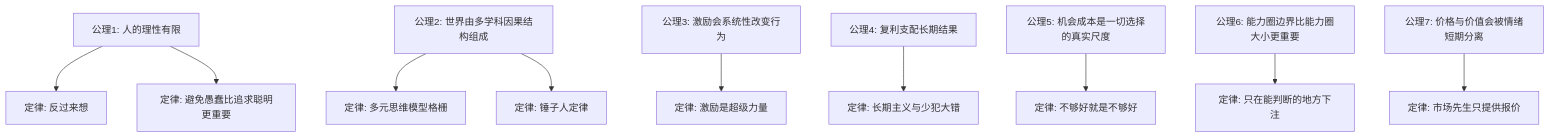
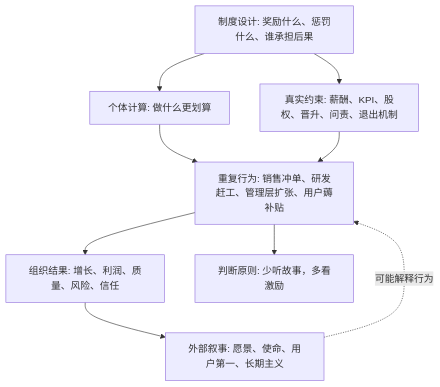
The diagram in 202605/20260519_21.md (digoal/blog), drawn with Mermaid before and after one commit. The commit also changed other lines of this file and 51 other files, not shown here.

````diff
--- a/202605/20260519_21.md
+++ b/202605/20260519_21.md
@@ -22,12 +22,11 @@
 ```mermaid
 flowchart TD
-  A["公理1: 人的理性有限"] --> L1["定律: 反过来想"]
-  A --> L2["定律: 避免愚蠢比追求聪明更重要"]
-  B["公理2: 世界由多学科因果结构组成"] --> L3["定律: 多元思维模型格栅"]
-  B --> L4["定律: 锤子人定律"]
-  C["公理3: 激励会系统性改变行为"] --> L5["定律: 激励是超级力量"]
-  D["公理4: 复利支配长期结果"] --> L6["定律: 长期主义与少犯大错"]
-  E["公理5: 机会成本是一切选择的真实尺度"] --> L7["定律: 不够好就是不够好"]
-  F["公理6: 能力圈边界比能力圈大小更重要"] --> L8["定律: 只在能判断的地方下注"]
-  G["公理7: 价格与价值会被情绪短期分离"] --> L9["定律: 市场先生只提供报价"]
+  A["制度设计: 奖励什么、惩罚什么、谁承担后果"] --> B["个体计算: 做什么更划算"]
+  B --> C["重复行为: 销售冲单、研发赶工、管理层扩张、用户薅补贴"]
+  C --> D["组织结果: 增长、利润、质量、风险、信任"]
+  D --> E["外部叙事: 愿景、使命、用户第一、长期主义"]
+  E -. "可能解释行为" .-> C
+  A --> F["真实约束: 薪酬、KPI、股权、晋升、问责、退出机制"]
+  F --> C
+  C --> G["判断原则: 少听故事，多看激励"]
 ```
````
